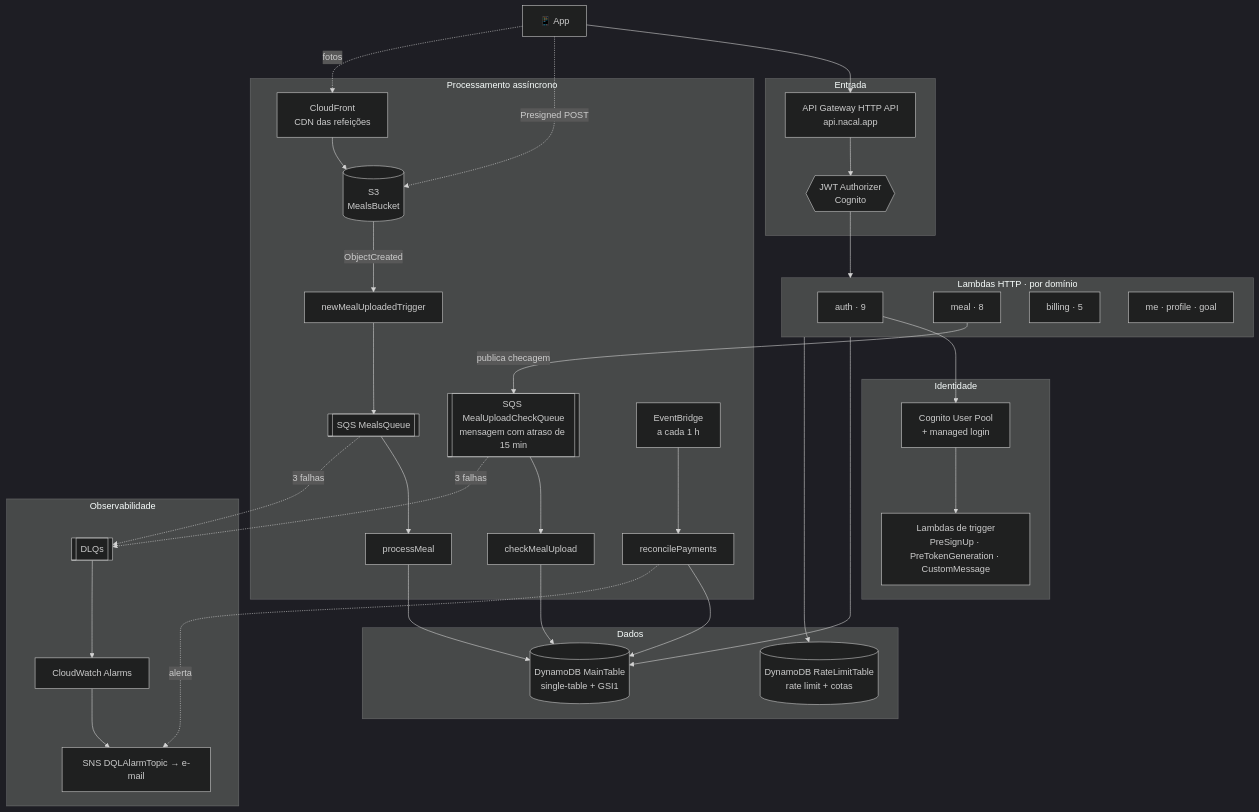
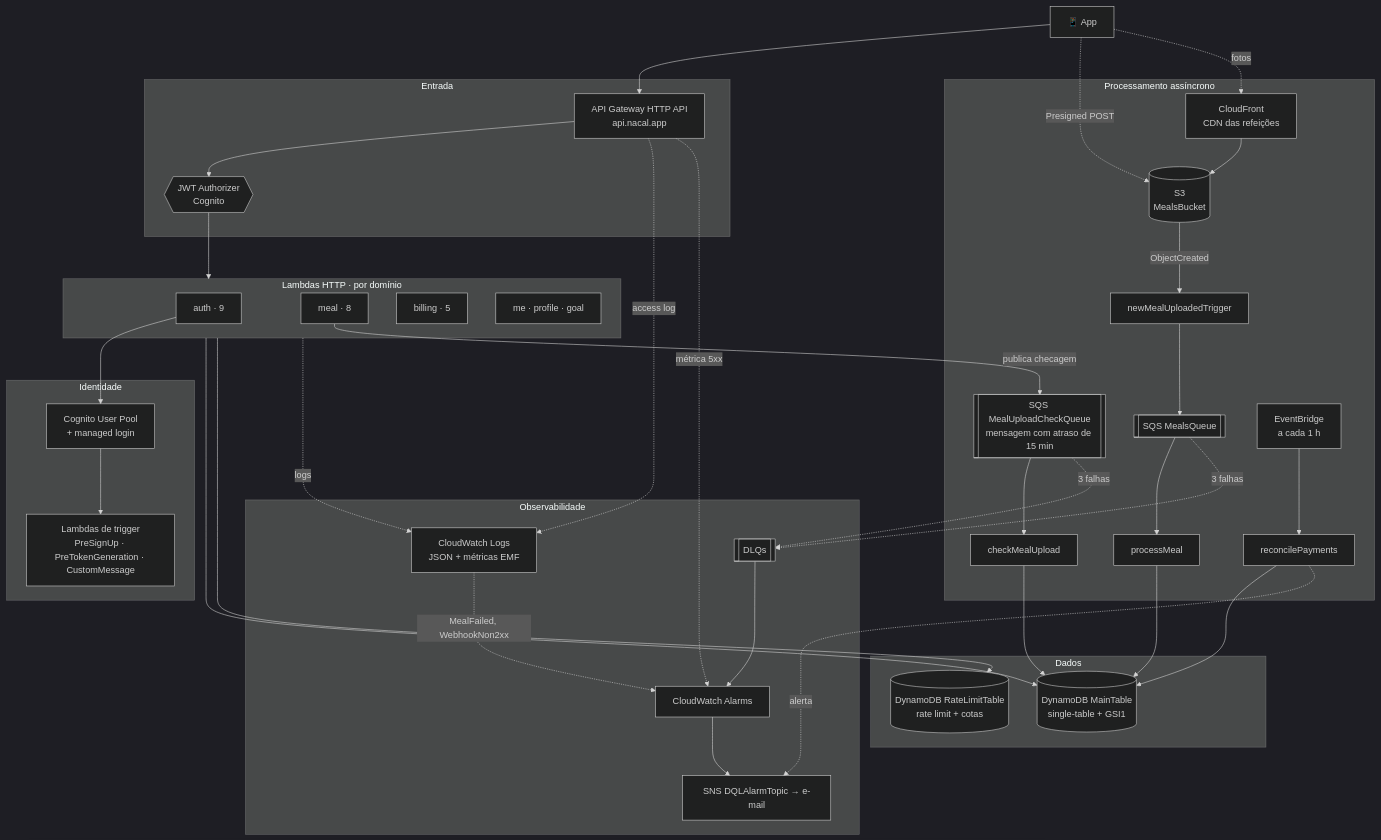
The second of 2 diagrams in docs/guide/01-visao-geral.md (nivaldoandrade/nacal-api), drawn with Mermaid (dark theme) before and after one commit. The commit also changed other lines of this file and 37 other files, not shown here.

Commit message:
feat(api): add json logging, emf metrics, alarms and openai limits

````diff
--- a/docs/guide/01-visao-geral.md
+++ b/docs/guide/01-visao-geral.md
@@ -45,63 +45,68 @@
 ```mermaid
 flowchart TB
     app["📱 App"]
 
     subgraph edge["Entrada"]
         apigw["API Gateway HTTP API<br/>api.nacal.app"]
         authz{{"JWT Authorizer<br/>Cognito"}}
     end
 
     subgraph identity["Identidade"]
         cognito["Cognito User Pool<br/>+ managed login"]
         triggers["Lambdas de trigger<br/>PreSignUp · PreTokenGeneration · CustomMessage"]
     end
 
     subgraph compute["Lambdas HTTP · por domínio"]
         authFns["auth · 9"]
         mealFns["meal · 8"]
         billingFns["billing · 5"]
         otherFns["me · profile · goal"]
     end
 
     subgraph async["Processamento assíncrono"]
         s3[("S3<br/>MealsBucket")]
         cdn["CloudFront<br/>CDN das refeições"]
         uploaded["newMealUploadedTrigger"]
         mealsQ[["SQS MealsQueue"]]
         process["processMeal"]
         checkQ[["SQS MealUploadCheckQueue<br/>mensagem com atraso de 15 min"]]
         check["checkMealUpload"]
         sched["EventBridge<br/>a cada 1 h"]
         reconcile["reconcilePayments"]
     end
 
     subgraph data["Dados"]
         main[("DynamoDB MainTable<br/>single-table + GSI1")]
         rl[("DynamoDB RateLimitTable<br/>rate limit + cotas")]
     end
 
     subgraph ops["Observabilidade"]
         dlq[["DLQs"]]
+        logs["CloudWatch Logs<br/>JSON + métricas EMF"]
         alarms["CloudWatch Alarms"]
         sns["SNS DQLAlarmTopic → e-mail"]
     end
 
     app --> apigw --> authz --> compute
     app -. "Presigned POST" .-> s3
     app -. "fotos" .-> cdn
     cdn --> s3
     cognito --> triggers
     authFns --> cognito
     compute --> main
     compute --> rl
     mealFns -- "publica checagem" --> checkQ
     s3 -- "ObjectCreated" --> uploaded --> mealsQ --> process
     checkQ --> check
     process --> main
     check --> main
     sched --> reconcile --> main
     mealsQ -. "3 falhas" .-> dlq
     checkQ -. "3 falhas" .-> dlq
     dlq --> alarms --> sns
+    compute -. "logs" .-> logs
+    apigw -. "access log" .-> logs
+    apigw -. "métrica 5xx" .-> alarms
+    logs -. "MealFailed, WebhookNon2xx" .-> alarms
     reconcile -. "alerta" .-> sns
 ```
````
